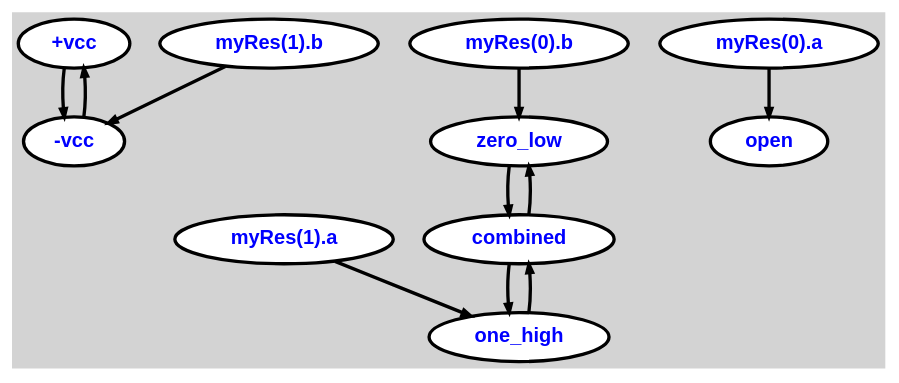
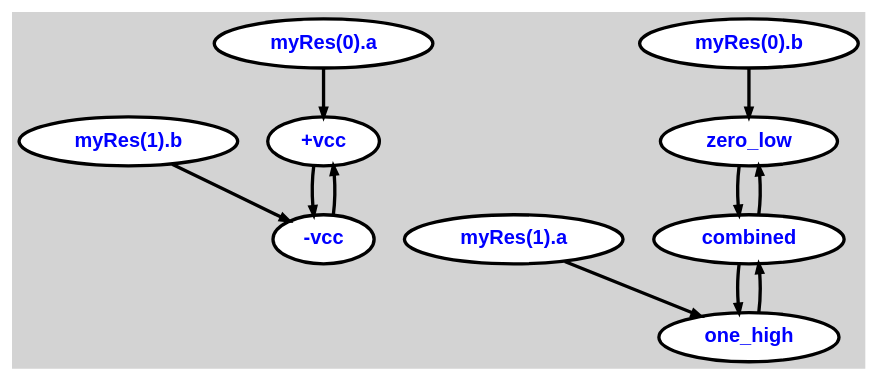
One commit to Augertron/PHDL.eclipse changed the diagram in phdl/test_graph.dot. Above: the diagram before and after it, drawn with Graphviz. The commit also changed 63 other files, not shown here.

```diff
--- a/phdl/test_graph.dot
+++ b/phdl/test_graph.dot
@@ -1,27 +1,26 @@
 digraph {
 
 ordering=out;
 	ranksep=.4;
 	bgcolor="lightgrey"; node [fixedsize=false, fontsize=12, fontname="Helvetica-bold", fontcolor="blue"
 		width=.25, height=.25, color="black", fillcolor="white", style="filled, solid, bold"];
 	edge [arrowsize=.5, color="black", style="bold"]  n0 [label="+vcc"];
   n1 [label="-vcc"];
   n2 [label="zero_low"];
   n3 [label="one_high"];
   n4 [label="combined"];
-  n5 [label="open"];
   p0 [label="myRes(1).a"];
   p1 [label="myRes(1).b"];
   p2 [label="myRes(0).a"];
   p3 [label="myRes(0).b"];
   n0 -> n1;
   n1 -> n0;
   n2 -> n4;
   n3 -> n4;
   n4 -> n3;
   n4 -> n2;
   p0 -> n3;
   p1 -> n1;
-  p2 -> n5;
+  p2 -> n0;
   p3 -> n2;
 }
```
